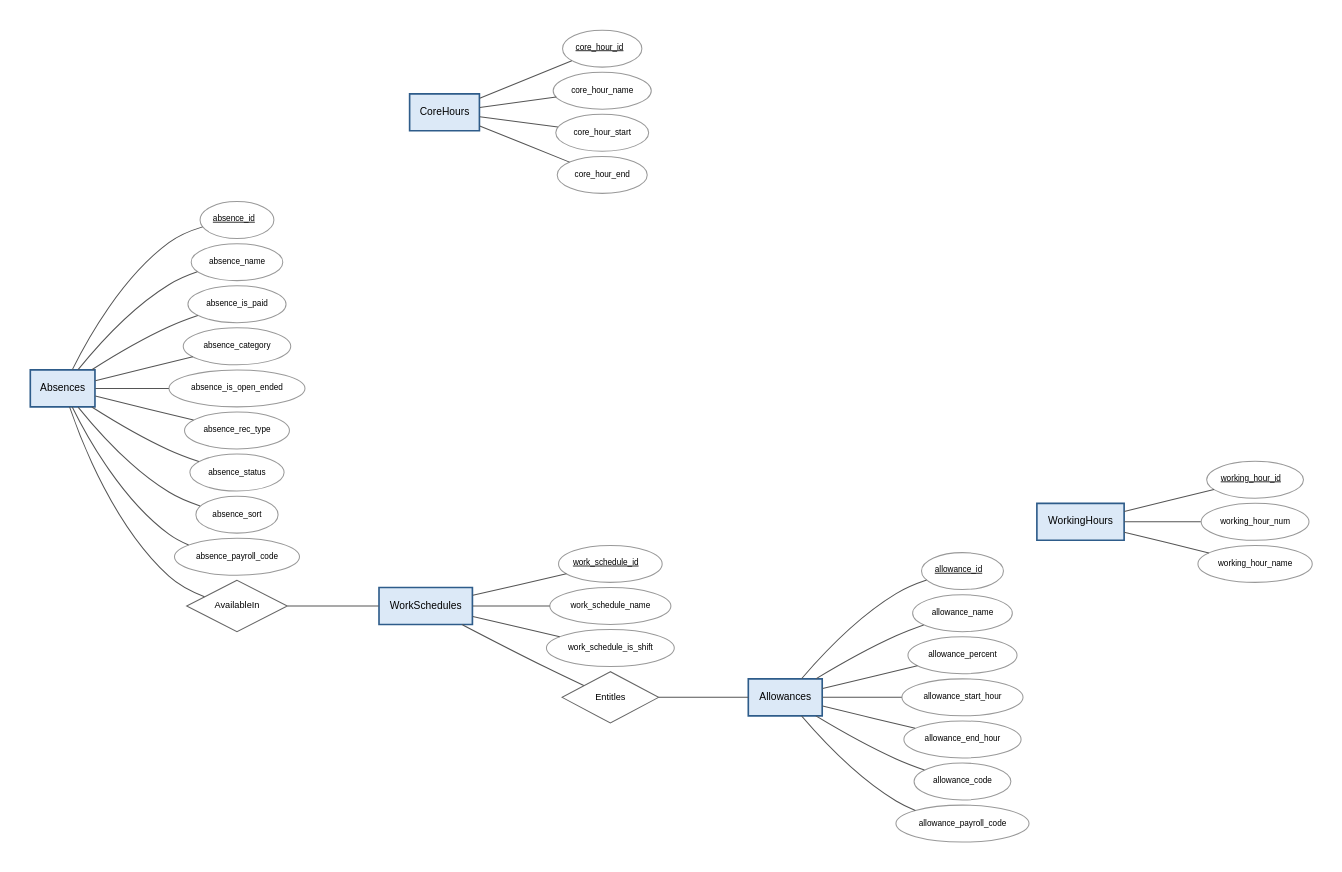
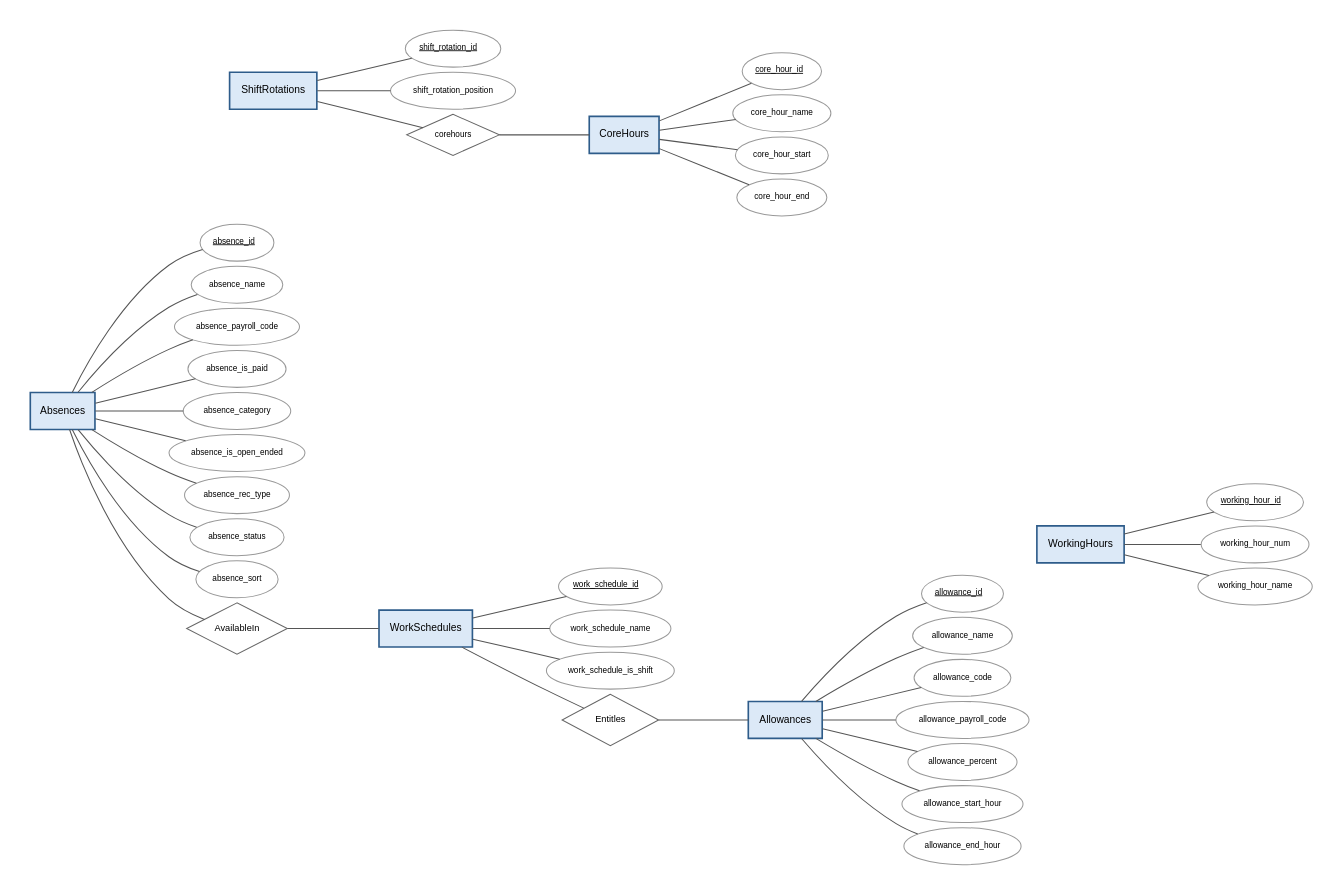
The diagram in docs/diagram/er-2-munkaido-parameterek.dot (mbodigit/time_tracking_system_prototype), drawn with Graphviz before and after one commit. The commit also changed 16 other files, not shown here.

First line of the commit message:
ER diagram generator atallitasa a db/install mappara

```diff
--- a/docs/diagram/er-2-munkaido-parameterek.dot
+++ b/docs/diagram/er-2-munkaido-parameterek.dot
@@ -1,75 +1,83 @@
 graph ER {
   fontname="Helvetica";
   graph [rankdir=LR, splines=spline, nodesep=0.3, ranksep=1.0, pack=true, packmode=array, bgcolor="white", pad=0.3];
   node [fontname="Helvetica", fontsize=10];
   edge [fontname="Helvetica", fontsize=9, color="#555555"];
 
   // fókuszban lévő egyedek, minden attribútummal
   "WorkSchedules" [shape=box, style="filled,bold", fillcolor="#DCE9F7", color="#2E5C8A", penwidth=1.6];
   "WorkSchedules__work_schedule_id" [shape=ellipse, style=filled, fillcolor="white", color="#999999", fontsize=8, label=<<U>work_schedule_id</U>>];
   "WorkSchedules" -- "WorkSchedules__work_schedule_id" [len=0.8, weight=4];
   "WorkSchedules__work_schedule_name" [shape=ellipse, style=filled, fillcolor="white", color="#999999", fontsize=8, label="work_schedule_name"];
   "WorkSchedules" -- "WorkSchedules__work_schedule_name" [len=0.8, weight=4];
   "WorkSchedules__work_schedule_is_shift" [shape=ellipse, style=filled, fillcolor="white", color="#999999", fontsize=8, label="work_schedule_is_shift"];
   "WorkSchedules" -- "WorkSchedules__work_schedule_is_shift" [len=0.8, weight=4];
   "WorkingHours" [shape=box, style="filled,bold", fillcolor="#DCE9F7", color="#2E5C8A", penwidth=1.6];
   "WorkingHours__working_hour_id" [shape=ellipse, style=filled, fillcolor="white", color="#999999", fontsize=8, label=<<U>working_hour_id</U>>];
   "WorkingHours" -- "WorkingHours__working_hour_id" [len=0.8, weight=4];
   "WorkingHours__working_hour_num" [shape=ellipse, style=filled, fillcolor="white", color="#999999", fontsize=8, label="working_hour_num"];
   "WorkingHours" -- "WorkingHours__working_hour_num" [len=0.8, weight=4];
   "WorkingHours__working_hour_name" [shape=ellipse, style=filled, fillcolor="white", color="#999999", fontsize=8, label="working_hour_name"];
   "WorkingHours" -- "WorkingHours__working_hour_name" [len=0.8, weight=4];
   "CoreHours" [shape=box, style="filled,bold", fillcolor="#DCE9F7", color="#2E5C8A", penwidth=1.6];
   "CoreHours__core_hour_id" [shape=ellipse, style=filled, fillcolor="white", color="#999999", fontsize=8, label=<<U>core_hour_id</U>>];
   "CoreHours" -- "CoreHours__core_hour_id" [len=0.8, weight=4];
   "CoreHours__core_hour_name" [shape=ellipse, style=filled, fillcolor="white", color="#999999", fontsize=8, label="core_hour_name"];
   "CoreHours" -- "CoreHours__core_hour_name" [len=0.8, weight=4];
   "CoreHours__core_hour_start" [shape=ellipse, style=filled, fillcolor="white", color="#999999", fontsize=8, label="core_hour_start"];
   "CoreHours" -- "CoreHours__core_hour_start" [len=0.8, weight=4];
   "CoreHours__core_hour_end" [shape=ellipse, style=filled, fillcolor="white", color="#999999", fontsize=8, label="core_hour_end"];
   "CoreHours" -- "CoreHours__core_hour_end" [len=0.8, weight=4];
   "Absences" [shape=box, style="filled,bold", fillcolor="#DCE9F7", color="#2E5C8A", penwidth=1.6];
   "Absences__absence_id" [shape=ellipse, style=filled, fillcolor="white", color="#999999", fontsize=8, label=<<U>absence_id</U>>];
   "Absences" -- "Absences__absence_id" [len=0.8, weight=4];
   "Absences__absence_name" [shape=ellipse, style=filled, fillcolor="white", color="#999999", fontsize=8, label="absence_name"];
   "Absences" -- "Absences__absence_name" [len=0.8, weight=4];
+  "Absences__absence_payroll_code" [shape=ellipse, style=filled, fillcolor="white", color="#999999", fontsize=8, label="absence_payroll_code"];
+  "Absences" -- "Absences__absence_payroll_code" [len=0.8, weight=4];
   "Absences__absence_is_paid" [shape=ellipse, style=filled, fillcolor="white", color="#999999", fontsize=8, label="absence_is_paid"];
   "Absences" -- "Absences__absence_is_paid" [len=0.8, weight=4];
   "Absences__absence_category" [shape=ellipse, style=filled, fillcolor="white", color="#999999", fontsize=8, label="absence_category"];
   "Absences" -- "Absences__absence_category" [len=0.8, weight=4];
   "Absences__absence_is_open_ended" [shape=ellipse, style=filled, fillcolor="white", color="#999999", fontsize=8, label="absence_is_open_ended"];
   "Absences" -- "Absences__absence_is_open_ended" [len=0.8, weight=4];
   "Absences__absence_rec_type" [shape=ellipse, style=filled, fillcolor="white", color="#999999", fontsize=8, label="absence_rec_type"];
   "Absences" -- "Absences__absence_rec_type" [len=0.8, weight=4];
   "Absences__absence_status" [shape=ellipse, style=filled, fillcolor="white", color="#999999", fontsize=8, label="absence_status"];
   "Absences" -- "Absences__absence_status" [len=0.8, weight=4];
   "Absences__absence_sort" [shape=ellipse, style=filled, fillcolor="white", color="#999999", fontsize=8, label="absence_sort"];
   "Absences" -- "Absences__absence_sort" [len=0.8, weight=4];
-  "Absences__absence_payroll_code" [shape=ellipse, style=filled, fillcolor="white", color="#999999", fontsize=8, label="absence_payroll_code"];
-  "Absences" -- "Absences__absence_payroll_code" [len=0.8, weight=4];
   "Allowances" [shape=box, style="filled,bold", fillcolor="#DCE9F7", color="#2E5C8A", penwidth=1.6];
   "Allowances__allowance_id" [shape=ellipse, style=filled, fillcolor="white", color="#999999", fontsize=8, label=<<U>allowance_id</U>>];
   "Allowances" -- "Allowances__allowance_id" [len=0.8, weight=4];
   "Allowances__allowance_name" [shape=ellipse, style=filled, fillcolor="white", color="#999999", fontsize=8, label="allowance_name"];
   "Allowances" -- "Allowances__allowance_name" [len=0.8, weight=4];
+  "Allowances__allowance_code" [shape=ellipse, style=filled, fillcolor="white", color="#999999", fontsize=8, label="allowance_code"];
+  "Allowances" -- "Allowances__allowance_code" [len=0.8, weight=4];
+  "Allowances__allowance_payroll_code" [shape=ellipse, style=filled, fillcolor="white", color="#999999", fontsize=8, label="allowance_payroll_code"];
+  "Allowances" -- "Allowances__allowance_payroll_code" [len=0.8, weight=4];
   "Allowances__allowance_percent" [shape=ellipse, style=filled, fillcolor="white", color="#999999", fontsize=8, label="allowance_percent"];
   "Allowances" -- "Allowances__allowance_percent" [len=0.8, weight=4];
   "Allowances__allowance_start_hour" [shape=ellipse, style=filled, fillcolor="white", color="#999999", fontsize=8, label="allowance_start_hour"];
   "Allowances" -- "Allowances__allowance_start_hour" [len=0.8, weight=4];
   "Allowances__allowance_end_hour" [shape=ellipse, style=filled, fillcolor="white", color="#999999", fontsize=8, label="allowance_end_hour"];
   "Allowances" -- "Allowances__allowance_end_hour" [len=0.8, weight=4];
-  "Allowances__allowance_code" [shape=ellipse, style=filled, fillcolor="white", color="#999999", fontsize=8, label="allowance_code"];
-  "Allowances" -- "Allowances__allowance_code" [len=0.8, weight=4];
-  "Allowances__allowance_payroll_code" [shape=ellipse, style=filled, fillcolor="white", color="#999999", fontsize=8, label="allowance_payroll_code"];
-  "Allowances" -- "Allowances__allowance_payroll_code" [len=0.8, weight=4];
+  "ShiftRotations" [shape=box, style="filled,bold", fillcolor="#DCE9F7", color="#2E5C8A", penwidth=1.6];
+  "ShiftRotations__shift_rotation_id" [shape=ellipse, style=filled, fillcolor="white", color="#999999", fontsize=8, label=<<U>shift_rotation_id</U>>];
+  "ShiftRotations" -- "ShiftRotations__shift_rotation_id" [len=0.8, weight=4];
+  "ShiftRotations__shift_rotation_position" [shape=ellipse, style=filled, fillcolor="white", color="#999999", fontsize=8, label="shift_rotation_position"];
+  "ShiftRotations" -- "ShiftRotations__shift_rotation_position" [len=0.8, weight=4];
 
   // kapcsolatok
+  "R_fk_shift_rotation_core_hour" [shape=diamond, style=filled, fillcolor="white", color="#666666", fontsize=8, label="corehours", width=1.0, height=0.55];
+  "ShiftRotations" -- "R_fk_shift_rotation_core_hour" [label="N", len=2.4];
+  "R_fk_shift_rotation_core_hour" -- "CoreHours" [label="1", len=2.4];
 
   // több-a-többhöz kapcsolatok (a relációs sémában kapcsolótábla)
   "R_AbsenceWorkSchedules" [shape=diamond, style=filled, fillcolor="white", color="#666666", fontsize=9, label="AvailableIn", width=1.3, height=0.7];
   "Absences" -- "R_AbsenceWorkSchedules" [label="M", len=2.4];
   "R_AbsenceWorkSchedules" -- "WorkSchedules" [label="N", len=2.4];
   "R_WorkScheduleAllowances" [shape=diamond, style=filled, fillcolor="white", color="#666666", fontsize=9, label="Entitles", width=1.3, height=0.7];
   "WorkSchedules" -- "R_WorkScheduleAllowances" [label="M", len=2.4];
   "R_WorkScheduleAllowances" -- "Allowances" [label="N", len=2.4];
 }
```
